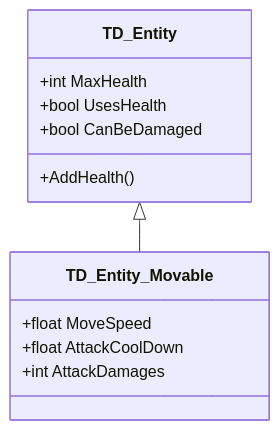
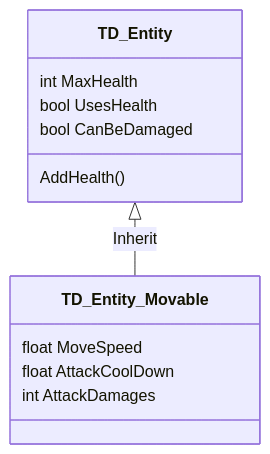
Before and after one commit to l0th3r/TD-Template: the diagram in ClassesCharts.md, drawn with Mermaid. The commit also changed other lines of this file, not shown here.

````diff
--- a/ClassesCharts.md
+++ b/ClassesCharts.md
@@ -1,15 +3,15 @@
 ```mermaid
  classDiagram
-      TD_Entity <|-- TD_Entity_Movable
+      TD_Entity <|-- TD_Entity_Movable : Inherit
  
       class TD_Entity
-        TD_Entity: +int MaxHealth
-        TD_Entity: +bool UsesHealth
-        TD_Entity: +bool CanBeDamaged
-        TD_Entity: +AddHealth()
+        TD_Entity: int MaxHealth
+        TD_Entity: bool UsesHealth
+        TD_Entity: bool CanBeDamaged
+        TD_Entity: AddHealth()
       
       class TD_Entity_Movable
-        TD_Entity_Movable: +float MoveSpeed
-        TD_Entity_Movable: +float AttackCoolDown
-        TD_Entity_Movable: +int AttackDamages
+        TD_Entity_Movable: float MoveSpeed
+        TD_Entity_Movable: float AttackCoolDown
+        TD_Entity_Movable: int AttackDamages
 ```
````
